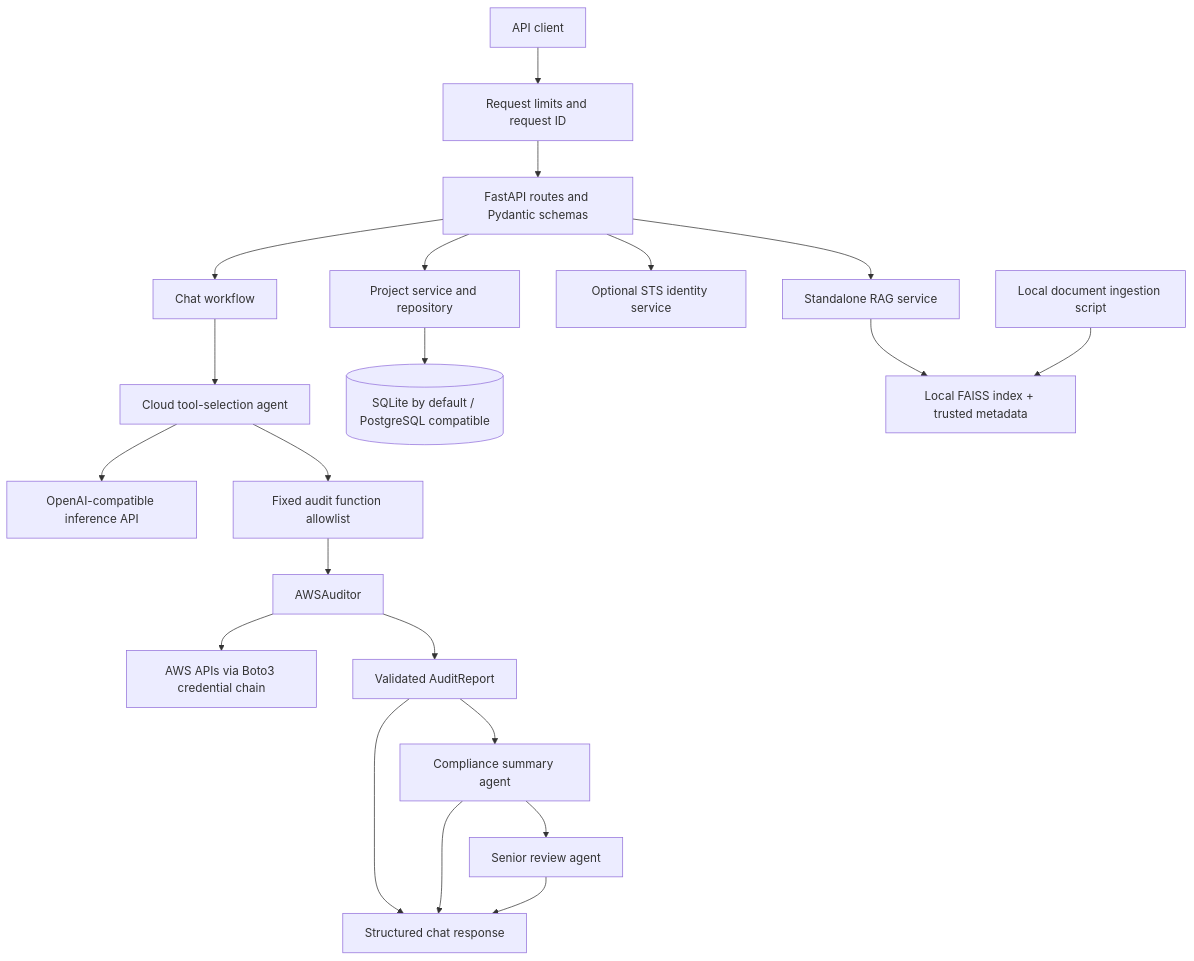
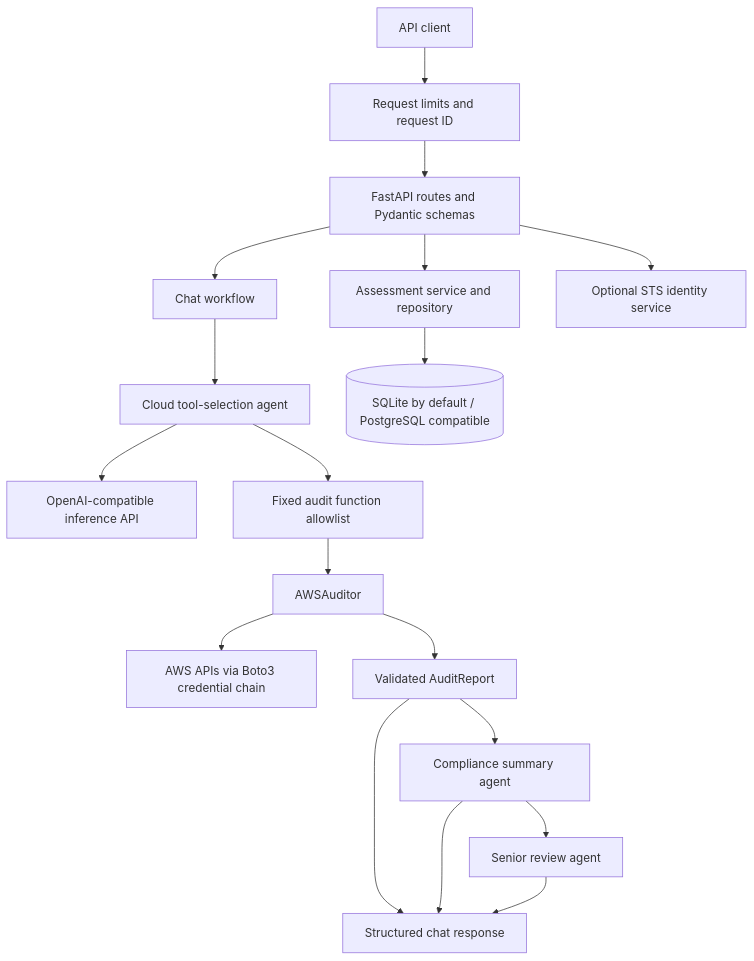
One commit to anubhavbuildz/indra-ai changed the diagram in docs/project-overview.md. Above: the diagram before and after it, drawn with Mermaid. The commit also changed other lines of this file and 47 other files, not shown here.

````diff
--- a/docs/project-overview.md
+++ b/docs/project-overview.md
@@ -40,23 +41,20 @@
 ```mermaid
 flowchart TD
     Client[API client] --> Middleware[Request limits and request ID]
     Middleware --> Routes[FastAPI routes and Pydantic schemas]
     Routes --> Chat[Chat workflow]
     Chat --> Cloud[Cloud tool-selection agent]
     Cloud --> LLM[OpenAI-compatible inference API]
     Cloud --> Allowlist[Fixed audit function allowlist]
     Allowlist --> Auditor[AWSAuditor]
     Auditor --> AWS[AWS APIs via Boto3 credential chain]
     Auditor --> Report[Validated AuditReport]
     Report --> Compliance[Compliance summary agent]
     Compliance --> Senior[Senior review agent]
     Report --> Response[Structured chat response]
     Compliance --> Response
     Senior --> Response
-    Routes --> Projects[Project service and repository]
-    Projects --> DB[(SQLite by default / PostgreSQL compatible)]
+    Routes --> Assessments[Assessment service and repository]
+    Assessments --> DB[(SQLite by default / PostgreSQL compatible)]
     Routes --> Identity[Optional STS identity service]
-    Routes --> Retrieval[Standalone RAG service]
-    Retrieval --> FAISS[Local FAISS index + trusted metadata]
-    Ingest[Local document ingestion script] --> FAISS
 ```
````
